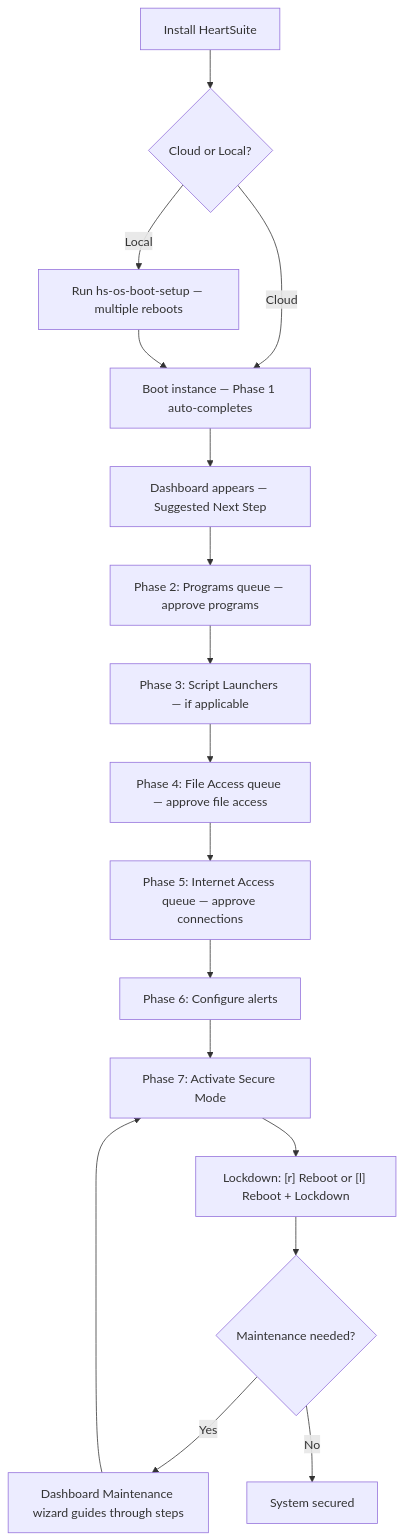
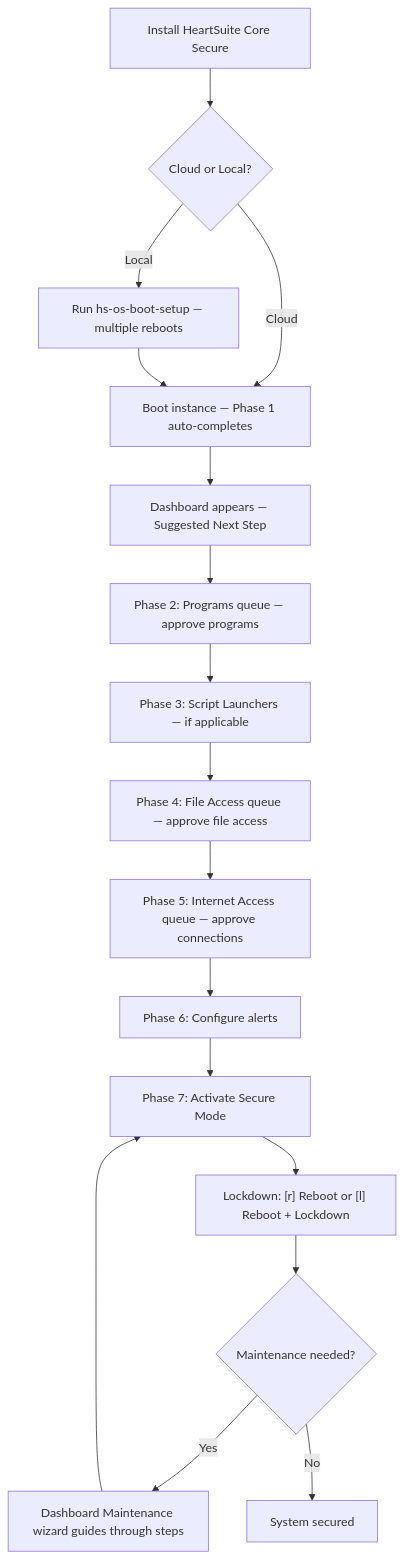
One commit to HeartSecuritySuite/heartsuite-docs changed the diagram in content/en/docs/introduction/setup-overview/_index.md. Above: the diagram before and after it, drawn with Mermaid. The commit also changed other lines of this file and 404 other files, not shown here.

````diff
--- a/content/en/docs/introduction/setup-overview/_index.md
+++ b/content/en/docs/introduction/setup-overview/_index.md
@@ -61,19 +61,19 @@
 ```mermaid
 graph TD
-    A[Install HeartSuite] --> B{Cloud or Local?}
+    A[Install HeartSuite Core Secure] --> B{Cloud or Local?}
     B -- Cloud --> C[Boot instance — Phase 1 auto-completes]
     B -- Local --> D["Run hs-os-boot-setup — multiple reboots"]
     D --> C
     C --> E[Dashboard appears — Suggested Next Step]
     E --> F["Phase 2: Programs queue — approve programs"]
     F --> G["Phase 3: Script Launchers — if applicable"]
     G --> H["Phase 4: File Access queue — approve file access"]
     H --> I["Phase 5: Internet Access queue — approve connections"]
     I --> J["Phase 6: Configure alerts"]
     J --> K["Phase 7: Activate Secure Mode"]
     K --> L["Lockdown: [r] Reboot or [l] Reboot + Lockdown"]
     L --> M{Maintenance needed?}
     M -- Yes --> N["Dashboard Maintenance wizard guides through steps"]
     N --> K
     M -- No --> O[System secured]
 ```
````
